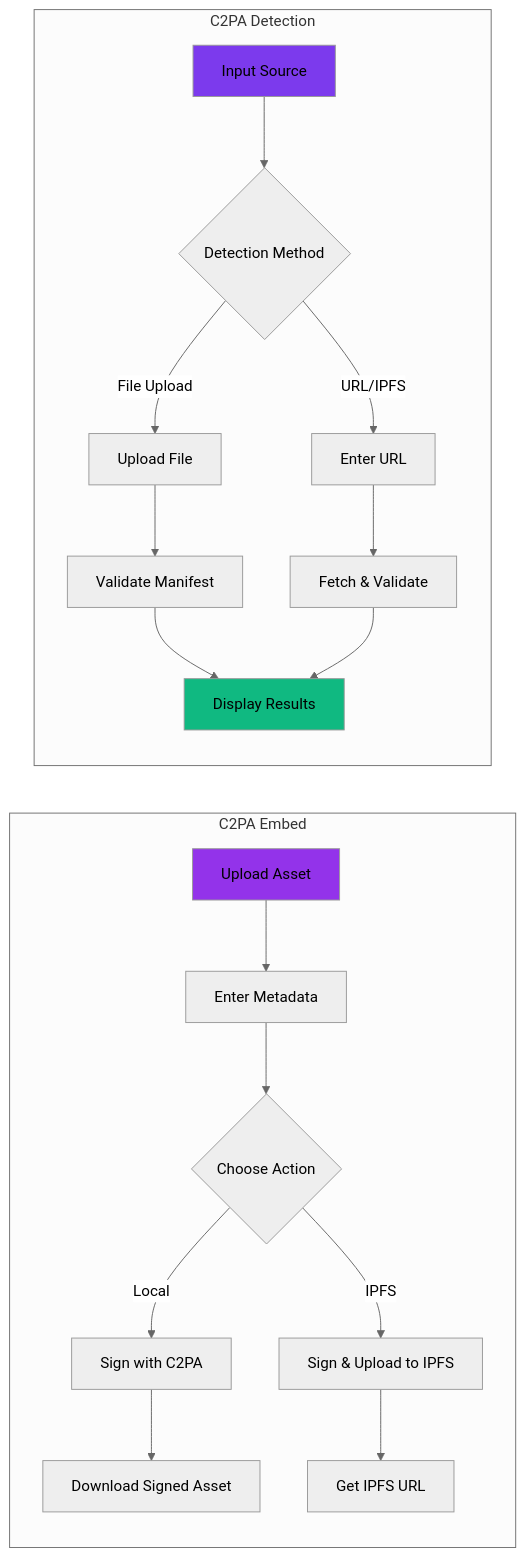
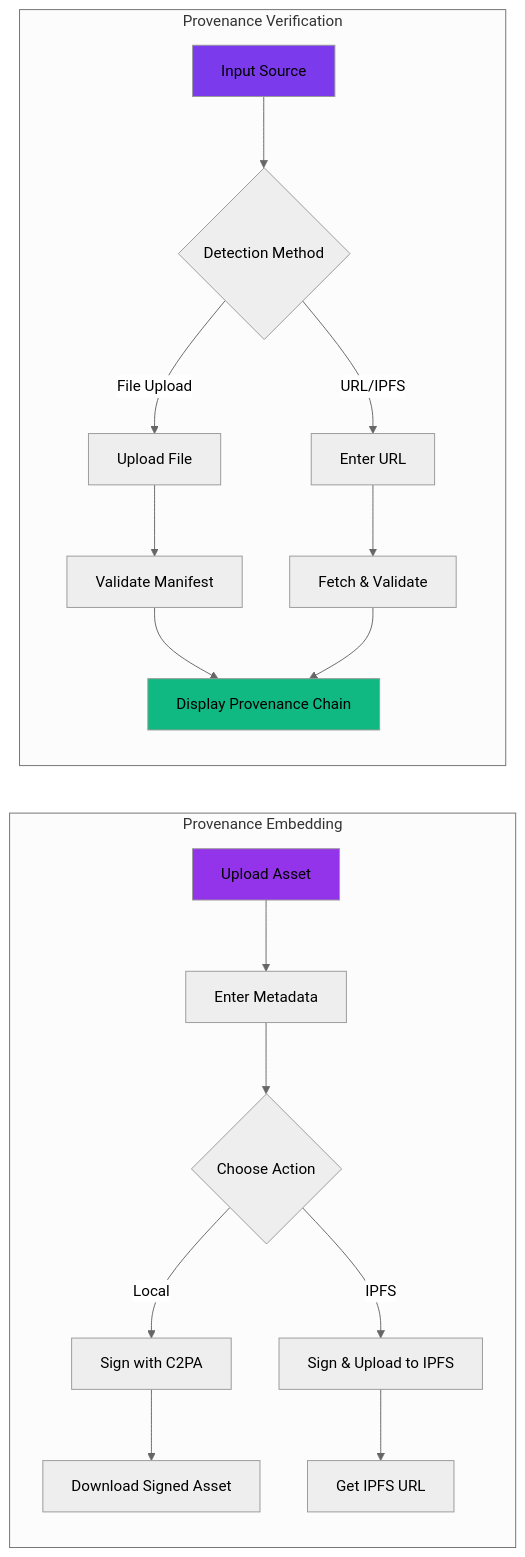
One commit to ETIM-PAUL/SentryMark changed the third of 8 diagrams in README.md. Above: the diagram before and after it, drawn with Mermaid (neutral theme). The commit also changed other lines of this file, not shown here.

````diff
--- a/README.md
+++ b/README.md
@@ -108,25 +165,25 @@
 ```mermaid
 flowchart LR
-    subgraph "C2PA Embed"
+    subgraph "Provenance Embedding"
         A[Upload Asset] --> B[Enter Metadata]
         B --> C{Choose Action}
         C -->|Local| D[Sign with C2PA]
         C -->|IPFS| E[Sign & Upload to IPFS]
         D --> F[Download Signed Asset]
         E --> G[Get IPFS URL]
     end
 
-    subgraph "C2PA Detection"
+    subgraph "Provenance Verification"
         H[Input Source] --> I{Detection Method}
         I -->|File Upload| J[Upload File]
         I -->|URL/IPFS| K[Enter URL]
         J --> L[Validate Manifest]
         K --> M[Fetch & Validate]
-        L --> N[Display Results]
+        L --> N[Display Provenance Chain]
         M --> N
     end
 
     style A fill:#9333ea
     style H fill:#7c3aed
     style N fill:#10b981
 ```
````
